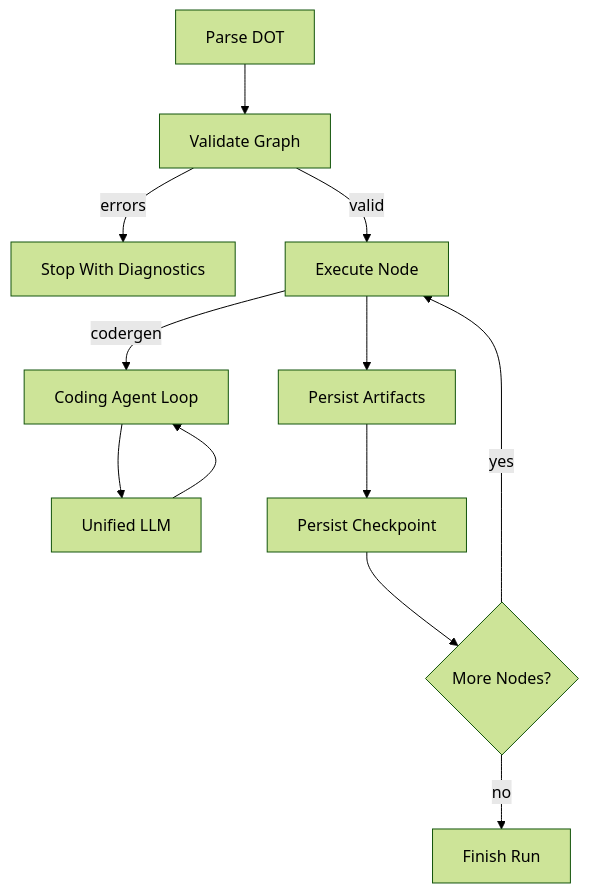
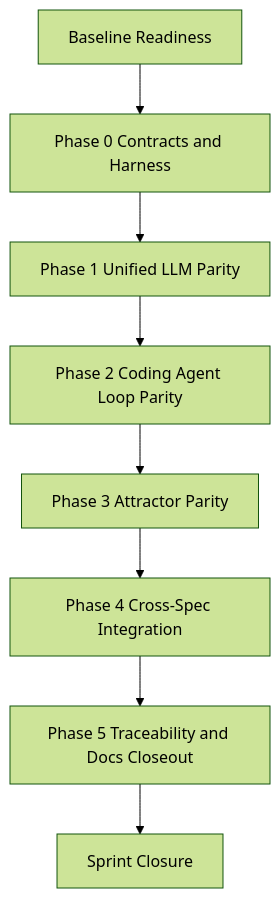
One commit to jaytaylor/attractor-tcl changed the third of 5 diagrams in docs/sprints/SPRINT-003-implementation-plan.md. Above: the diagram before and after it, drawn with Mermaid (forest theme). The commit also changed other lines of this file, not shown here.

Commit message:
docs: mark sprint 003 implementation plan complete with evidence

````diff
--- a/docs/sprints/SPRINT-003-implementation-plan.md
+++ b/docs/sprints/SPRINT-003-implementation-plan.md
@@ -1693,14 +827,10 @@
 ```mermaid
 flowchart TD
-  A[Parse DOT] --> B[Validate Graph]
-  B -->|errors| C[Stop With Diagnostics]
-  B -->|valid| D[Execute Node]
-  D -->|codergen| E[Coding Agent Loop]
-  E --> F[Unified LLM]
-  F --> E
-  D --> G[Persist Artifacts]
-  G --> H[Persist Checkpoint]
-  H --> I{More Nodes?}
-  I -->|yes| D
-  I -->|no| J[Finish Run]
+  A[Baseline Readiness] --> B[Phase 0 Contracts and Harness]
+  B --> C[Phase 1 Unified LLM Parity]
+  C --> D[Phase 2 Coding Agent Loop Parity]
+  D --> E[Phase 3 Attractor Parity]
+  E --> F[Phase 4 Cross-Spec Integration]
+  F --> G[Phase 5 Traceability and Docs Closeout]
+  G --> H[Sprint Closure]
 ```
````
